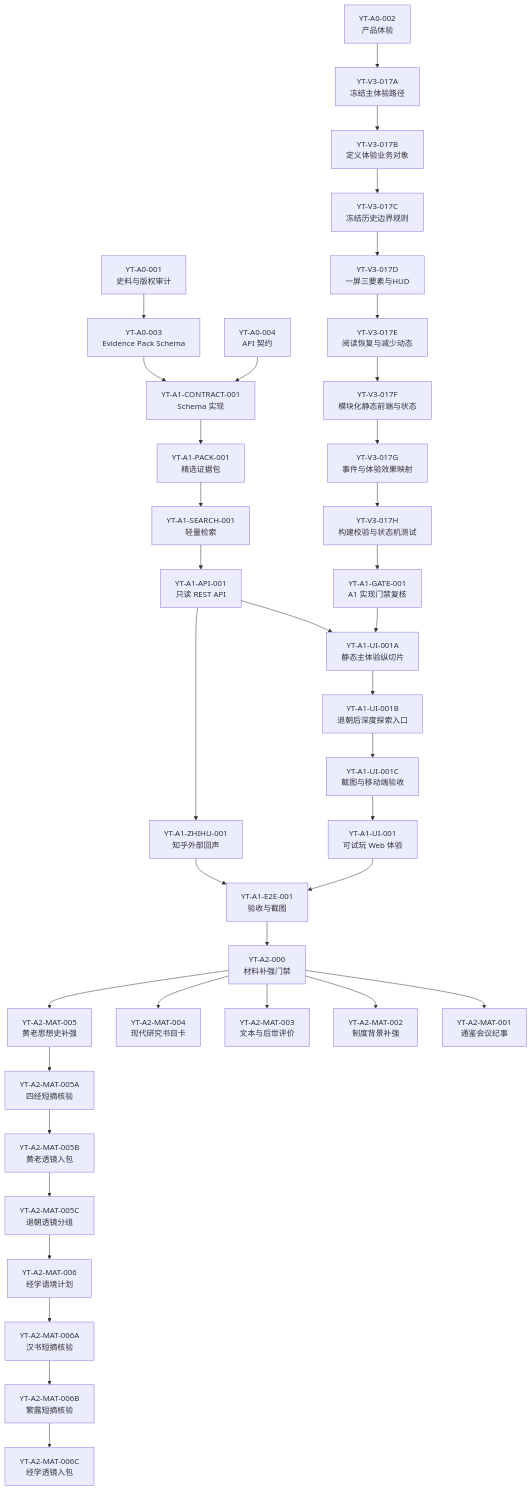
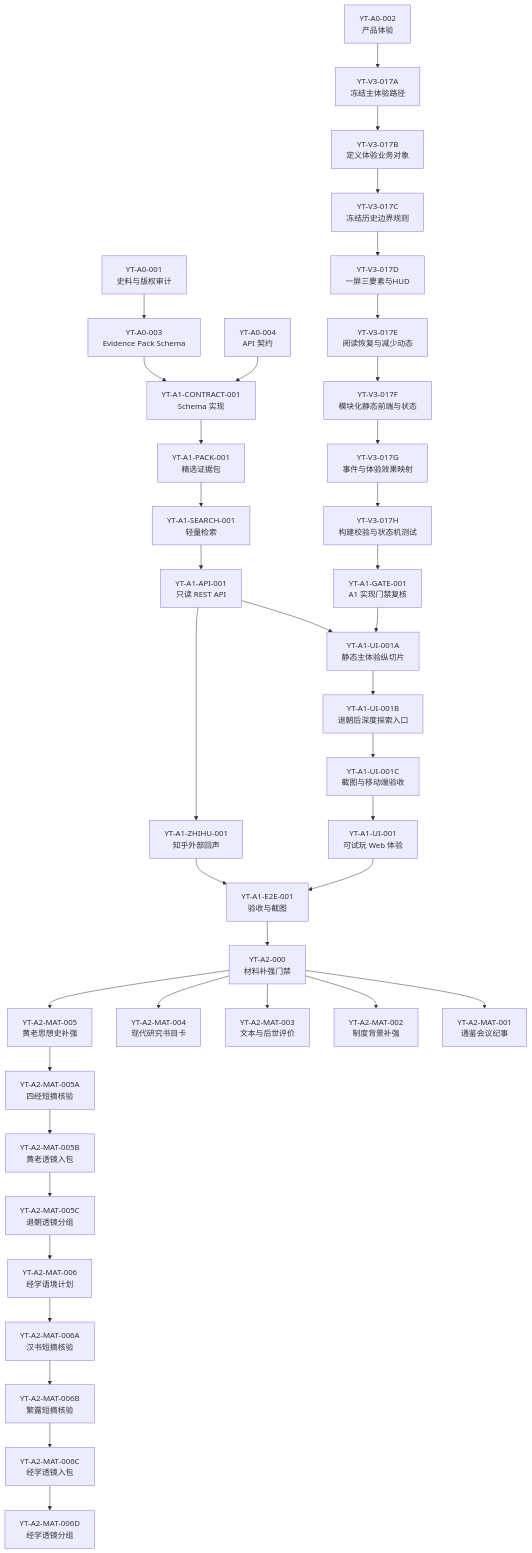
The diagram in docs/YANTIE_TASK_BREAKDOWN.md (baijianqing/yantie-history), drawn with Mermaid before and after one commit. The commit also changed other lines of this file and 3 other files, not shown here.

````diff
--- a/docs/YANTIE_TASK_BREAKDOWN.md
+++ b/docs/YANTIE_TASK_BREAKDOWN.md
@@ -24,40 +24,41 @@
 ```mermaid
 flowchart TB
     A001["YT-A0-001<br/>史料与版权审计"] --> A003["YT-A0-003<br/>Evidence Pack Schema"]
     A002["YT-A0-002<br/>产品体验"]
     A003 --> C001["YT-A1-CONTRACT-001<br/>Schema 实现"]
     A004["YT-A0-004<br/>API 契约"] --> C001
     C001 --> P001["YT-A1-PACK-001<br/>精选证据包"]
     P001 --> S001["YT-A1-SEARCH-001<br/>轻量检索"]
     S001 --> API001["YT-A1-API-001<br/>只读 REST API"]
     API001 --> UI001A["YT-A1-UI-001A<br/>静态主体验纵切片"]
     UI001A --> UI001B["YT-A1-UI-001B<br/>退朝后深度探索入口"]
     UI001B --> UI001C["YT-A1-UI-001C<br/>截图与移动端验收"]
     UI001C --> UI001["YT-A1-UI-001<br/>可试玩 Web 体验"]
     API001 --> ZH001["YT-A1-ZHIHU-001<br/>知乎外部回声"]
     UI001 --> E2E001["YT-A1-E2E-001<br/>验收与截图"]
     ZH001 --> E2E001
     E2E001 --> A2000["YT-A2-000<br/>材料补强门禁"]
     A2000 --> A2MAT001["YT-A2-MAT-001<br/>通鉴会议纪事"]
     A2000 --> A2MAT002["YT-A2-MAT-002<br/>制度背景补强"]
     A2000 --> A2MAT003["YT-A2-MAT-003<br/>文本与后世评价"]
     A2000 --> A2MAT004["YT-A2-MAT-004<br/>现代研究书目卡"]
     A2000 --> A2MAT005["YT-A2-MAT-005<br/>黄老思想史补强"]
     A2MAT005 --> A2MAT005A["YT-A2-MAT-005A<br/>四经短摘核验"]
     A2MAT005A --> A2MAT005B["YT-A2-MAT-005B<br/>黄老透镜入包"]
     A2MAT005B --> A2MAT005C["YT-A2-MAT-005C<br/>退朝透镜分组"]
     A2MAT005C --> A2MAT006["YT-A2-MAT-006<br/>经学语境计划"]
     A2MAT006 --> A2MAT006A["YT-A2-MAT-006A<br/>汉书短摘核验"]
     A2MAT006A --> A2MAT006B["YT-A2-MAT-006B<br/>繁露短摘核验"]
     A2MAT006B --> A2MAT006C["YT-A2-MAT-006C<br/>经学透镜入包"]
+    A2MAT006C --> A2MAT006D["YT-A2-MAT-006D<br/>经学透镜分组"]
     A002 --> V3017A["YT-V3-017A<br/>冻结主体验路径"]
     V3017A --> V3017B["YT-V3-017B<br/>定义体验业务对象"]
     V3017B --> V3017C["YT-V3-017C<br/>冻结历史边界规则"]
     V3017C --> V3017D["YT-V3-017D<br/>一屏三要素与HUD"]
     V3017D --> V3017E["YT-V3-017E<br/>阅读恢复与减少动态"]
     V3017E --> V3017F["YT-V3-017F<br/>模块化静态前端与状态"]
     V3017F --> V3017G["YT-V3-017G<br/>事件与体验效果映射"]
     V3017G --> V3017H["YT-V3-017H<br/>构建校验与状态机测试"]
     V3017H --> GATE001["YT-A1-GATE-001<br/>A1 实现门禁复核"]
     GATE001 --> UI001A
 ```
````
